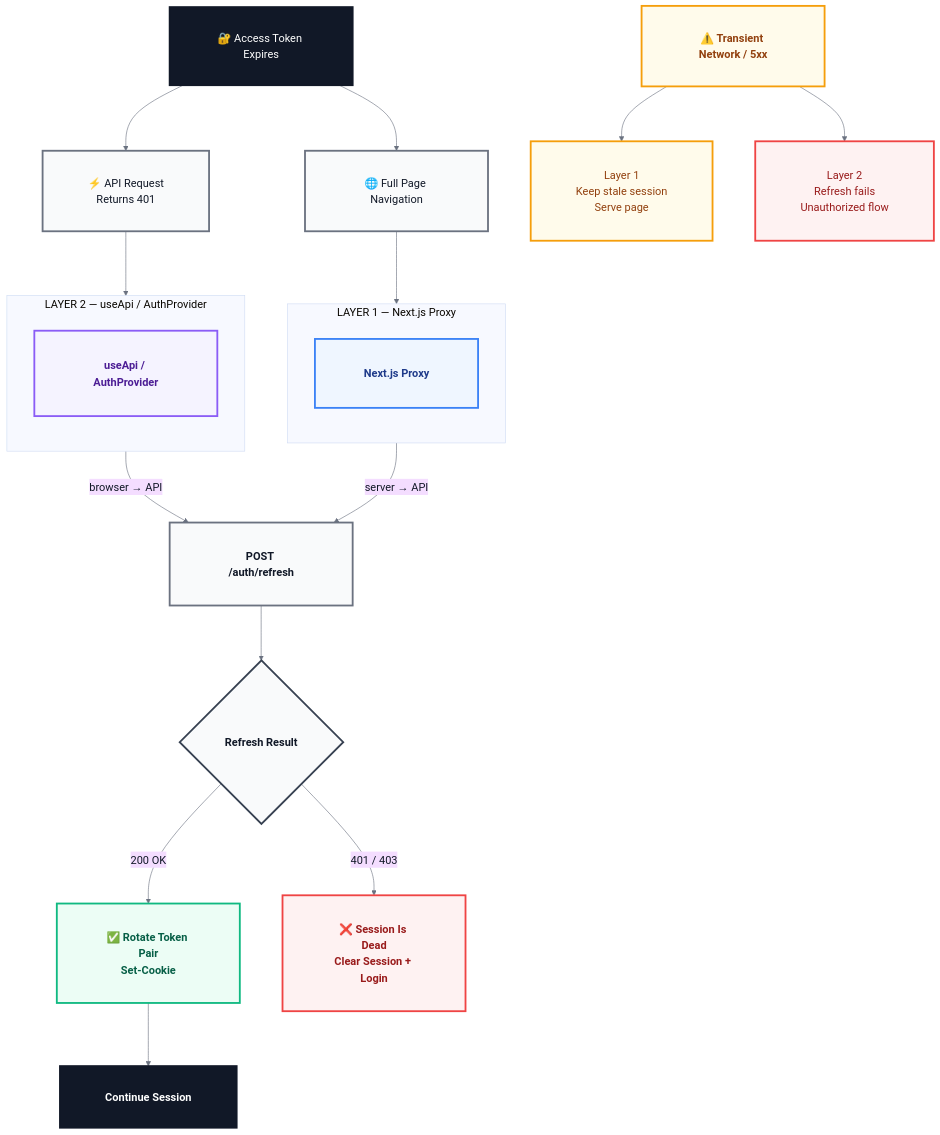
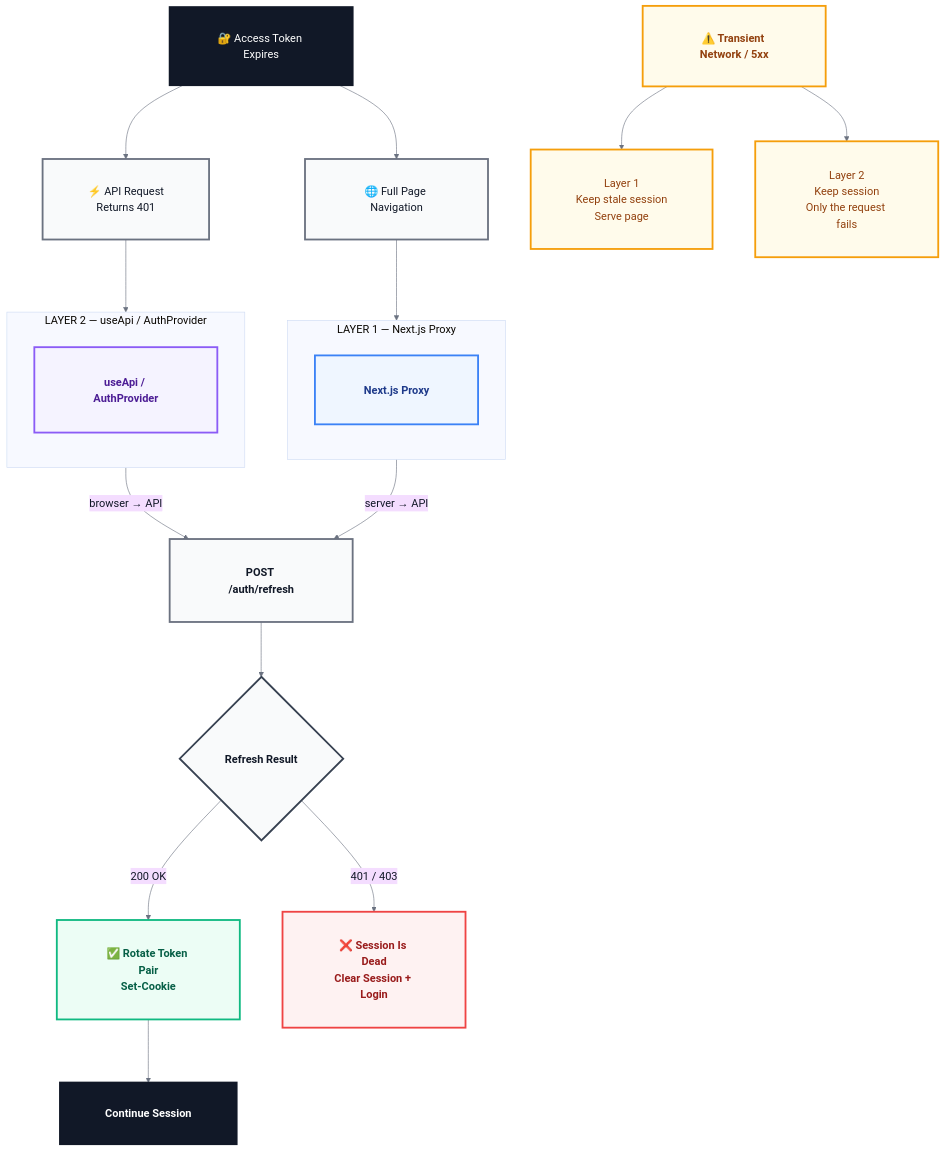
Before and after one commit to patelzz007/nestjs-nextjs-turborepo-starter-kit: the second of 2 diagrams in docs/token-refresh.md, drawn with Mermaid. The commit also changed other lines of this file and 277 other files, not shown here.

````diff
--- a/docs/token-refresh.md
+++ b/docs/token-refresh.md
@@ -1355,80 +1492,80 @@
 ```mermaid
 %%{init: {
   "theme": "base",
   "themeVariables": {
     "fontFamily": "Inter, system-ui, sans-serif",
     "fontSize": "18px",
     "lineWidth": "3px",
     "primaryTextColor": "#111827",
     "primaryBorderColor": "#374151",
     "lineColor": "#6B7280"
   },
   "flowchart": {
     "htmlLabels": true,
     "curve": "basis",
     "nodeSpacing": 70,
     "rankSpacing": 90,
     "padding": 25
   }
 }}%%
 
 flowchart TB
 
     START["<div style='padding: 12px 20px;'>🔐 Access Token Expires</div>"]
 
     START --> NAV["<div style='padding: 14px 24px;'>🌐 Full Page Navigation</div>"]
     START --> API["<div style='padding: 14px 24px;'>⚡ API Request<br/>Returns 401</div>"]
 
     subgraph L1["LAYER 1 — Next.js Proxy"]
         direction TB
 
         PROXY["<div style='padding: 18px 30px; font-weight: 600;'>Next.js Proxy</div>"]
     end
 
     subgraph L2["LAYER 2 — useApi / AuthProvider"]
         direction TB
 
         AUTH["<div style='padding: 18px 30px; font-weight: 600;'>useApi / AuthProvider</div>"]
     end
 
     NAV --> PROXY
     API --> AUTH
 
     PROXY -->|"server → API"| REFRESH["<div style='padding: 16px 28px; font-weight: 600;'>POST /auth/refresh</div>"]
     AUTH -->|"browser → API"| REFRESH
 
     REFRESH --> RESULT{"<div style='padding: 14px 22px; font-weight: 600;'>Refresh Result</div>"}
 
     RESULT -->|"200 OK"| SUCCESS["<div style='padding: 16px 28px; font-weight: 600;'>✅ Rotate Token Pair<br/>Set-Cookie</div>"]
     RESULT -->|"401 / 403"| DEAD["<div style='padding: 16px 28px; font-weight: 600;'>❌ Session Is Dead<br/>Clear Session + Login</div>"]
 
     SUCCESS --> CONTINUE["<div style='padding: 12px 24px; font-weight: 600;'>Continue Session</div>"]
 
     NETWORK["<div style='padding: 14px 24px; font-weight: 600;'>⚠️ Transient Network / 5xx</div>"]
 
     NETWORK --> STALE["<div style='padding: 16px 24px;'>Layer 1<br/>Keep stale session<br/>Serve page</div>"]
-    NETWORK --> UNAUTH["<div style='padding: 16px 24px;'>Layer 2<br/>Refresh fails<br/>Unauthorized flow</div>"]
+    NETWORK --> UNAUTH["<div style='padding: 16px 24px;'>Layer 2<br/>Keep session<br/>Only the request fails</div>"]
 
 
     %% ─────────────────────────────────────────────
     %% Styling
     %% ─────────────────────────────────────────────
 
     classDef start fill:#111827,color:#fff,stroke:#111827,stroke-width:3px
     classDef layer1 fill:#EFF6FF,color:#1E3A8A,stroke:#3B82F6,stroke-width:3px
     classDef layer2 fill:#F5F3FF,color:#4C1D95,stroke:#8B5CF6,stroke-width:3px
     classDef action fill:#F9FAFB,color:#111827,stroke:#6B7280,stroke-width:3px
     classDef success fill:#ECFDF5,color:#065F46,stroke:#10B981,stroke-width:3px
     classDef failure fill:#FEF2F2,color:#991B1B,stroke:#EF4444,stroke-width:3px
     classDef warning fill:#FFFBEB,color:#92400E,stroke:#F59E0B,stroke-width:3px
     classDef decision fill:#F9FAFB,color:#111827,stroke:#374151,stroke-width:3px
 
     class START,CONTINUE start
     class PROXY layer1
     class AUTH layer2
     class NAV,API,REFRESH action
     class RESULT decision
     class SUCCESS success
-    class DEAD,UNAUTH failure
-    class NETWORK,STALE warning
+    class DEAD failure
+    class NETWORK,STALE,UNAUTH warning
 ```
````
